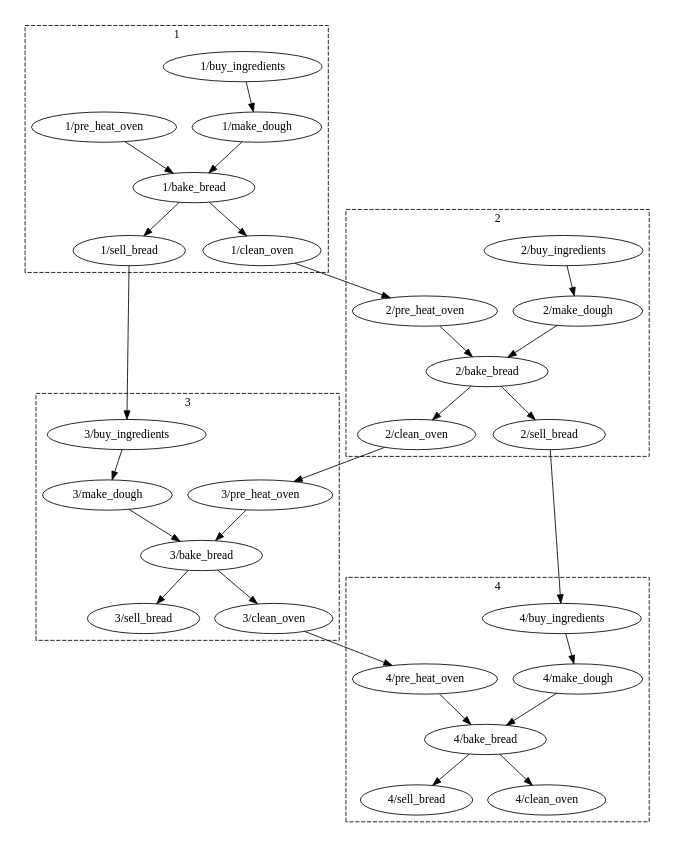
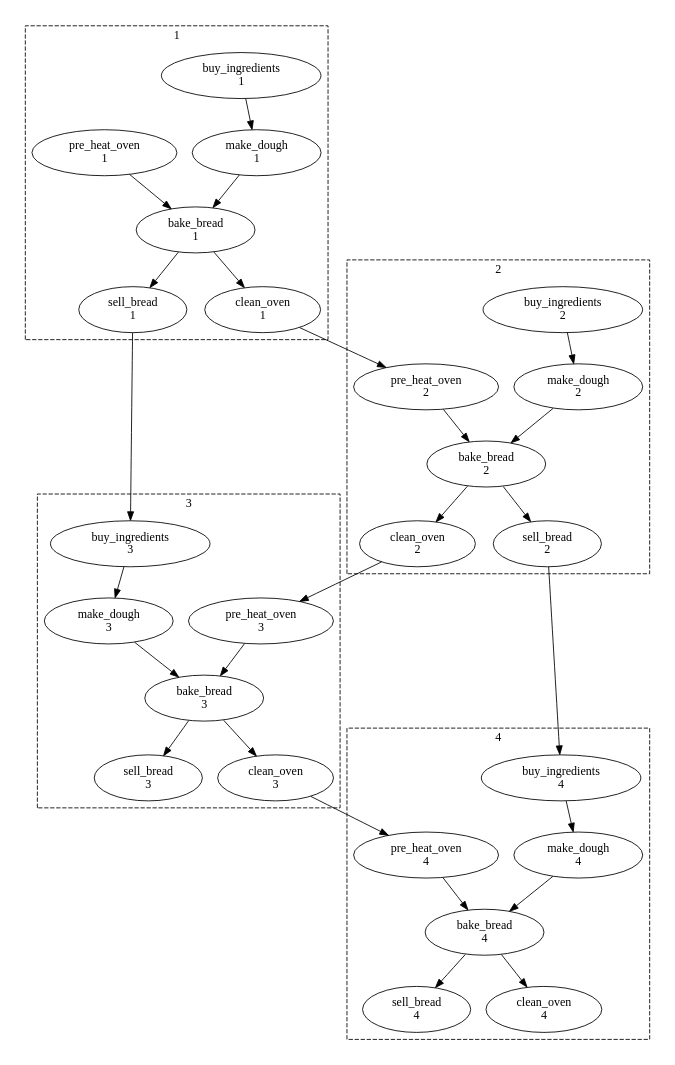
Before and after one commit to cylc/cylc-doc: the third of 4 diagrams in src/tutorial/scheduling/integer-cycling.rst, drawn with Graphviz. The commit also changed other lines of this file, not shown here.

```diff
--- a/src/tutorial/scheduling/integer-cycling.rst
+++ b/src/tutorial/scheduling/integer-cycling.rst
@@ -279,62 +279,62 @@
 .. digraph:: example
    :align: center
 
    size = "4.5,15"
 
    subgraph cluster_1 {
        label = 1
        style = dashed
-       "1/pur" [label="1/buy_ingredients"]
-       "1/mak" [label="1/make_dough"]
-       "1/bak" [label="1/bake_bread"]
-       "1/sel" [label="1/sell_bread"]
-       "1/cle" [label="1/clean_oven"]
-       "1/pre" [label="1/pre_heat_oven"]
+       "1/pur" [label="buy_ingredients\n1"]
+       "1/mak" [label="make_dough\n1"]
+       "1/bak" [label="bake_bread\n1"]
+       "1/sel" [label="sell_bread\n1"]
+       "1/cle" [label="clean_oven\n1"]
+       "1/pre" [label="pre_heat_oven\n1"]
    }
 
    subgraph cluster_2 {
        label = 2
        style = dashed
-       "2/pur" [label="2/buy_ingredients"]
-       "2/mak" [label="2/make_dough"]
-       "2/bak" [label="2/bake_bread"]
-       "2/sel" [label="2/sell_bread"]
-       "2/cle" [label="2/clean_oven"]
-       "2/pre" [label="2/pre_heat_oven"]
+       "2/pur" [label="buy_ingredients\n2"]
+       "2/mak" [label="make_dough\n2"]
+       "2/bak" [label="bake_bread\n2"]
+       "2/sel" [label="sell_bread\n2"]
+       "2/cle" [label="clean_oven\n2"]
+       "2/pre" [label="pre_heat_oven\n2"]
    }
 
    subgraph cluster_3 {
        label = 3
        style = dashed
-       "3/pur" [label="3/buy_ingredients"]
-       "3/mak" [label="3/make_dough"]
-       "3/bak" [label="3/bake_bread"]
-       "3/sel" [label="3/sell_bread"]
-       "3/cle" [label="3/clean_oven"]
-       "3/pre" [label="3/pre_heat_oven"]
+       "3/pur" [label="buy_ingredients\n3"]
+       "3/mak" [label="make_dough\n3"]
+       "3/bak" [label="bake_bread\n3"]
+       "3/sel" [label="sell_bread\n3"]
+       "3/cle" [label="clean_oven\n3"]
+       "3/pre" [label="pre_heat_oven\n3"]
    }
 
    subgraph cluster_4 {
        label = 4
        style = dashed
-       "4/pur" [label="4/buy_ingredients"]
-       "4/mak" [label="4/make_dough"]
-       "4/bak" [label="4/bake_bread"]
-       "4/sel" [label="4/sell_bread"]
-       "4/cle" [label="4/clean_oven"]
-       "4/pre" [label="4/pre_heat_oven"]
+       "4/pur" [label="buy_ingredients\n4"]
+       "4/mak" [label="make_dough\n4"]
+       "4/bak" [label="bake_bread\n4"]
+       "4/sel" [label="sell_bread\n4"]
+       "4/cle" [label="clean_oven\n4"]
+       "4/pre" [label="pre_heat_oven\n4"]
    }
 
    "1/pur" -> "1/mak" -> "1/bak" -> "1/sel"
    "1/pre" -> "1/bak" -> "1/cle"
    "1/cle" -> "2/pre"
    "1/sel" -> "3/pur"
    "2/pur" -> "2/mak" -> "2/bak" -> "2/sel"
    "2/pre" -> "2/bak" -> "2/cle"
    "2/cle" -> "3/pre"
    "2/sel" -> "4/pur"
    "3/pur" -> "3/mak" -> "3/bak" -> "3/sel"
    "3/pre" -> "3/bak" -> "3/cle"
    "3/cle" -> "4/pre"
    "4/pur" -> "4/mak" -> "4/bak" -> "4/sel"
    "4/pre" -> "4/bak" -> "4/cle"
```
